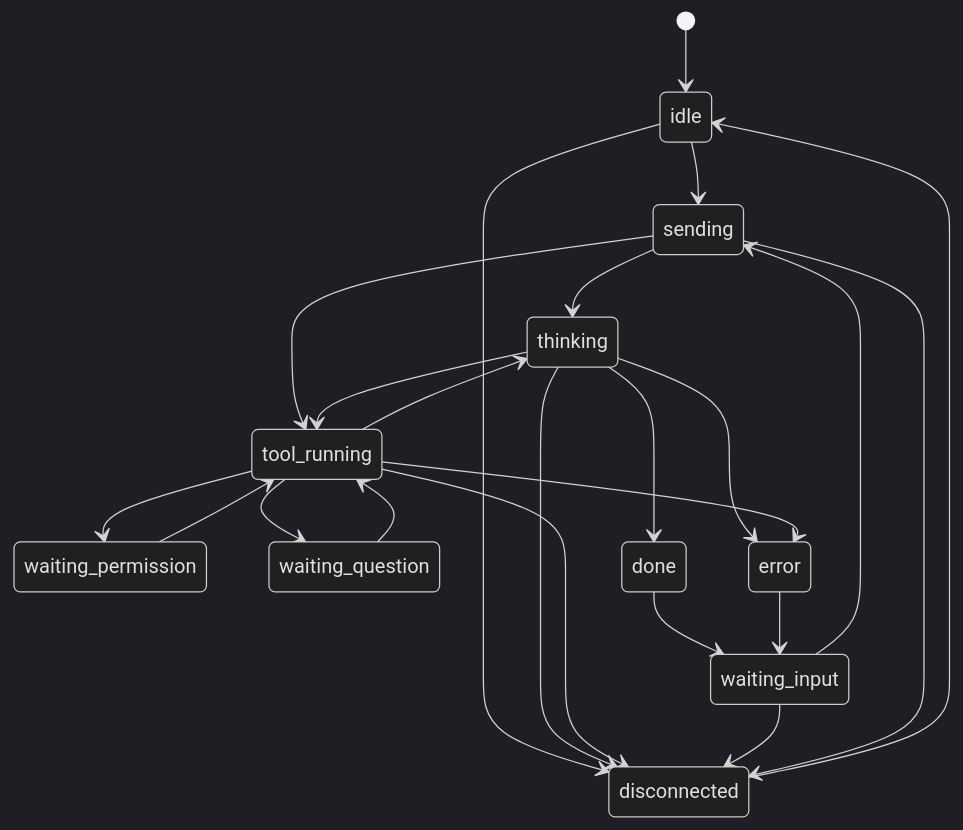
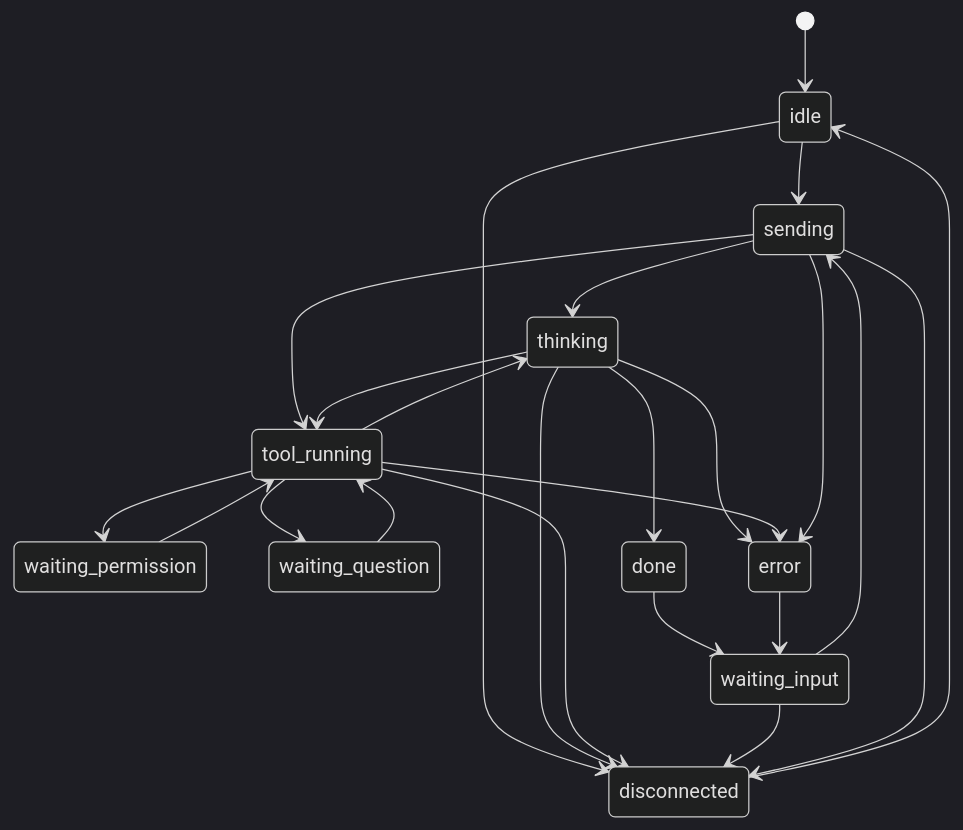
One commit to sakuraiyuta/kaoiro changed the second of 2 diagrams in docs/specs/protocol.md. Above: the diagram before and after it, drawn with Mermaid (dark theme). The commit also changed other lines of this file, not shown here.

````diff
--- a/docs/specs/protocol.md
+++ b/docs/specs/protocol.md
@@ -1433,25 +1450,26 @@
 ```mermaid
 stateDiagram-v2
   [*] --> idle
   idle --> sending
   waiting_input --> sending
   sending --> thinking
   sending --> tool_running
   thinking --> tool_running
   tool_running --> waiting_permission
   waiting_permission --> tool_running
   tool_running --> waiting_question
   waiting_question --> tool_running
   tool_running --> thinking
   thinking --> done
   thinking --> error
   tool_running --> error
+  sending --> error
   done --> waiting_input
   error --> waiting_input
   idle --> disconnected
   thinking --> disconnected
   tool_running --> disconnected
   waiting_input --> disconnected
   sending --> disconnected
   disconnected --> idle
 ```
````
